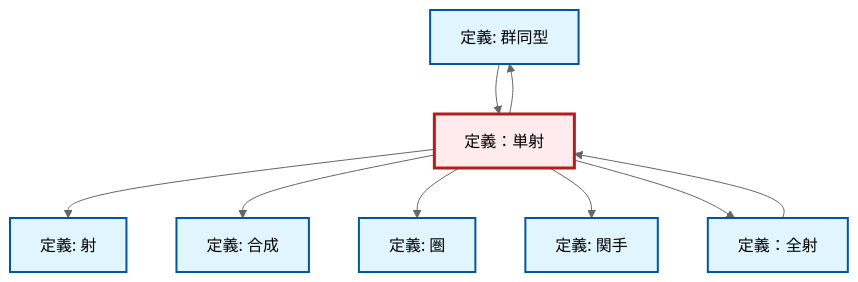
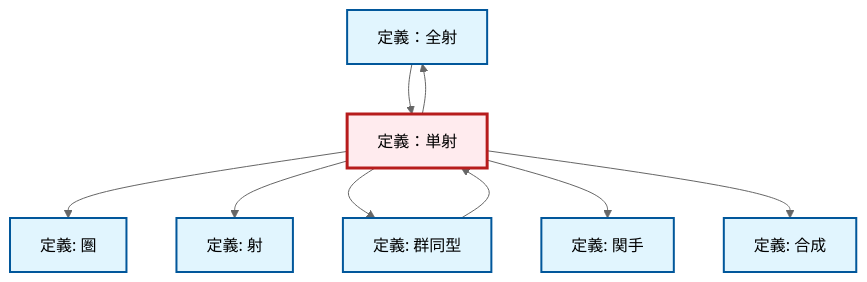
One commit to RK0429/ModernMath changed the diagram in content/ja/category-theory/def-monomorphism.qmd. Above: the diagram before and after it, drawn with Mermaid (neutral theme). The commit also changed other lines of this file and 328 other files, not shown here.

````diff
--- a/content/ja/category-theory/def-monomorphism.qmd
+++ b/content/ja/category-theory/def-monomorphism.qmd
@@ -96,31 +96,31 @@
 ```{mermaid}
 %%| fig-cap: "ローカル依存関係グラフ"
 graph TD
     classDef definition fill:#e1f5fe,stroke:#01579b,stroke-width:2px
     classDef theorem fill:#f3e5f5,stroke:#4a148c,stroke-width:2px
     classDef axiom fill:#fff3e0,stroke:#e65100,stroke-width:2px
     classDef example fill:#e8f5e9,stroke:#1b5e20,stroke-width:2px
     classDef current fill:#ffebee,stroke:#b71c1c,stroke-width:3px
     def-morphism["定義: 射"]:::definition
+    def-composition["定義: 合成"]:::definition
+    def-epimorphism["定義：全射"]:::definition
+    def-functor["定義: 関手"]:::definition
     def-isomorphism["定義: 群同型"]:::definition
-    def-epimorphism["定義：全射"]:::definition
-    def-composition["定義: 合成"]:::definition
     def-category["定義: 圏"]:::definition
-    def-functor["定義: 関手"]:::definition
     def-monomorphism["定義：単射"]:::definition
-    def-epimorphism --> def-monomorphism
+    def-monomorphism --> def-category
     def-monomorphism --> def-morphism
-    def-monomorphism --> def-composition
-    def-monomorphism --> def-category
-    def-isomorphism --> def-monomorphism
     def-monomorphism --> def-isomorphism
     def-monomorphism --> def-functor
+    def-isomorphism --> def-monomorphism
     def-monomorphism --> def-epimorphism
+    def-monomorphism --> def-composition
+    def-epimorphism --> def-monomorphism
     class def-monomorphism current
     click def-morphism "def-morphism.html" "射の定義へ"
+    click def-composition "def-composition.html" "合成の定義へ"
+    click def-epimorphism "def-epimorphism.html" "定義：全射へ"
+    click def-functor "def-functor.html" "関手の定義へ"
     click def-isomorphism "def-isomorphism.html" "群同型の定義へ"
-    click def-epimorphism "def-epimorphism.html" "定義：全射へ"
-    click def-composition "def-composition.html" "合成の定義へ"
     click def-category "def-category.html" "圏の定義へ"
-    click def-functor "def-functor.html" "関手の定義へ"
 ```
````
